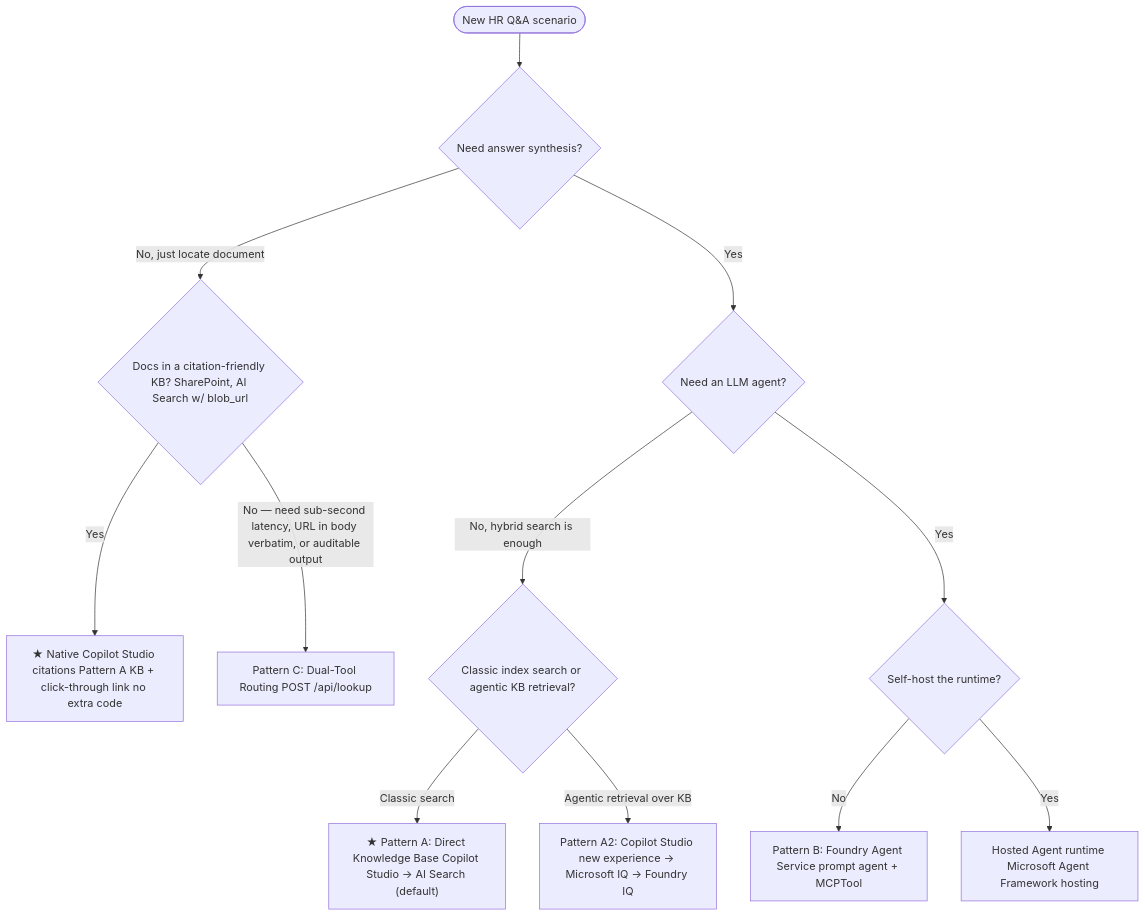
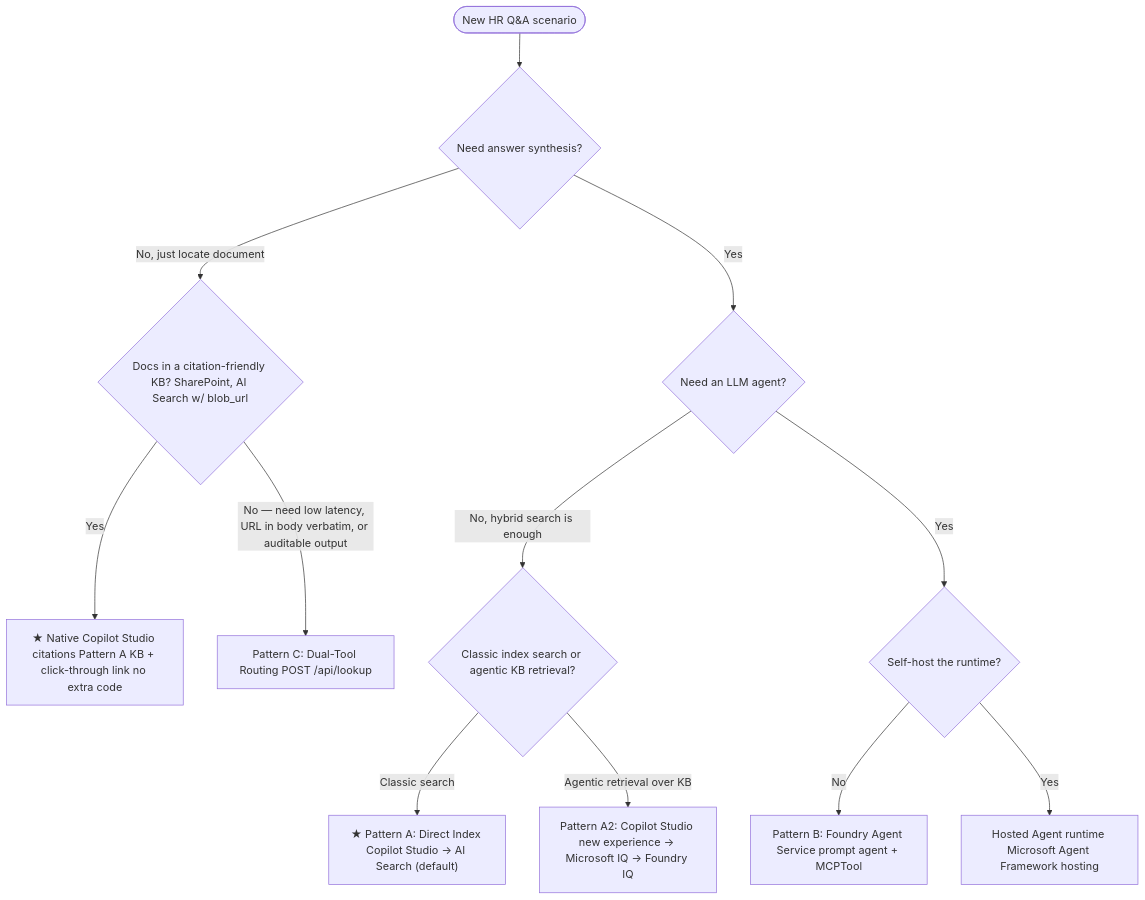
One commit to honestypugh2/foundry-copilot-hr-policy-knowledge changed the diagram in README.md. Above: the diagram before and after it, drawn with Mermaid. The commit also changed other lines of this file and 18 other files, not shown here.

````diff
--- a/README.md
+++ b/README.md
@@ -37,14 +43,14 @@
 ```mermaid
 flowchart TD
     Start([ New HR Q&A scenario]) --> Q1{Need answer synthesis?}
     Q1 -- No, just locate document --> QL{Docs in a citation-friendly KB? SharePoint, AI Search w/ blob_url}
     QL -- Yes --> Native["★ Native Copilot Studio citations Pattern A KB + click-through link no extra code"]
-    QL -- "No — need sub-second latency, URL in body verbatim, or auditable output" --> C[Pattern C: Dual-Tool Routing POST /api/lookup]
+    QL -- "No — need low latency, URL in body verbatim, or auditable output" --> C[Pattern C: Dual-Tool Routing POST /api/lookup]
     Q1 -- Yes --> Q2{Need an LLM agent?}
     Q2 -- "No, hybrid search is enough" --> QK{Classic index search or agentic KB retrieval?}
-    QK -- Classic search --> A["★ Pattern A: Direct Knowledge Base Copilot Studio → AI Search (default)"]
+    QK -- Classic search --> A["★ Pattern A: Direct Index Copilot Studio → AI Search (default)"]
     QK -- Agentic retrieval over KB --> A2["Pattern A2: Copilot Studio new experience → Microsoft IQ → Foundry IQ"]
     Q2 -- Yes --> Q3{Self-host the runtime?}
     Q3 -- No --> B[Pattern B: Foundry Agent Service prompt agent + MCPTool]
     Q3 -- Yes --> H[Hosted Agent runtime Microsoft Agent Framework hosting]
 ```
````
